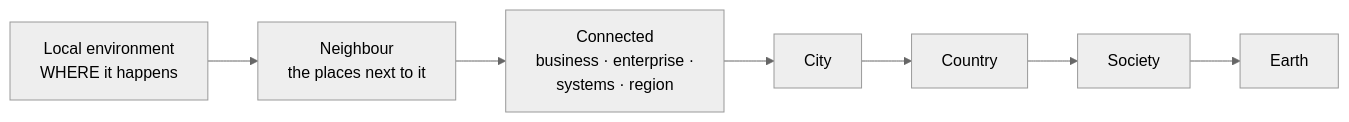
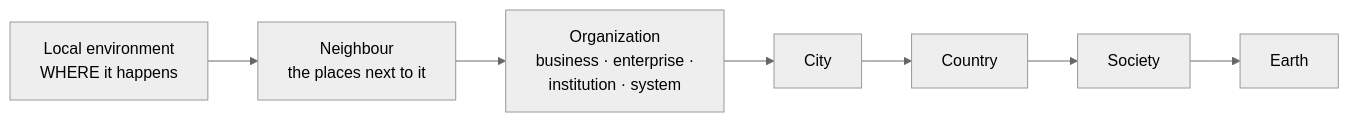
One commit to Sherlock2019/ACM changed the eighth of 13 diagrams in README.md. Above: the diagram before and after it, drawn with Mermaid (neutral theme). The commit also changed other lines of this file and 10 other files, not shown here.

Commit message:
Rename connected layer to organization; README opens with a phrase example and the blast radius

````diff
--- a/README.md
+++ b/README.md
@@ -419,9 +457,9 @@
 ```mermaid
 flowchart LR
   L[Local environment<br/>WHERE it happens] --> N[Neighbour<br/>the places next to it]
-  N --> C[Connected<br/>business · enterprise ·<br/>systems · region]
+  N --> C[Organization<br/>business · enterprise ·<br/>institution · system]
   C --> CI[City]
   CI --> CO[Country]
   CO --> S[Society]
   S --> E[Earth]
 ```
````
